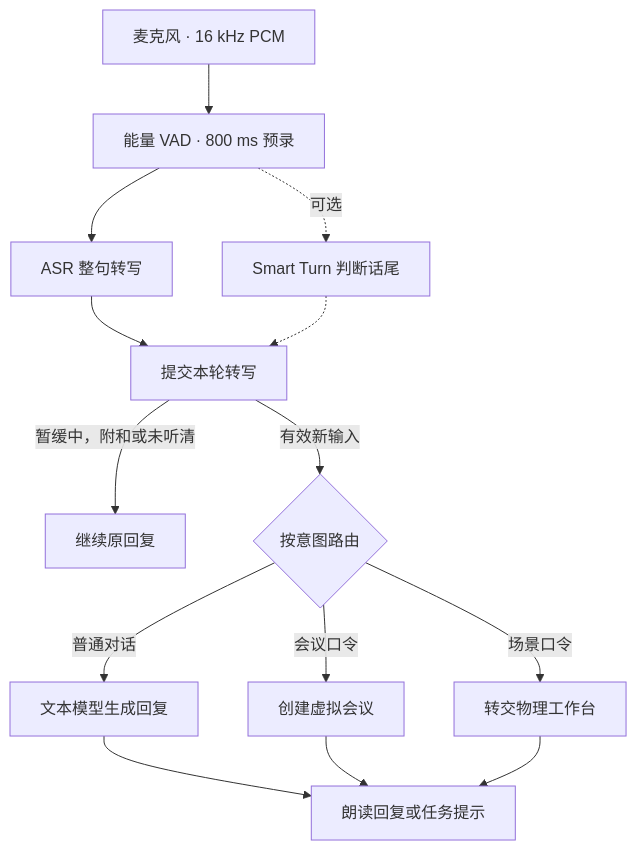
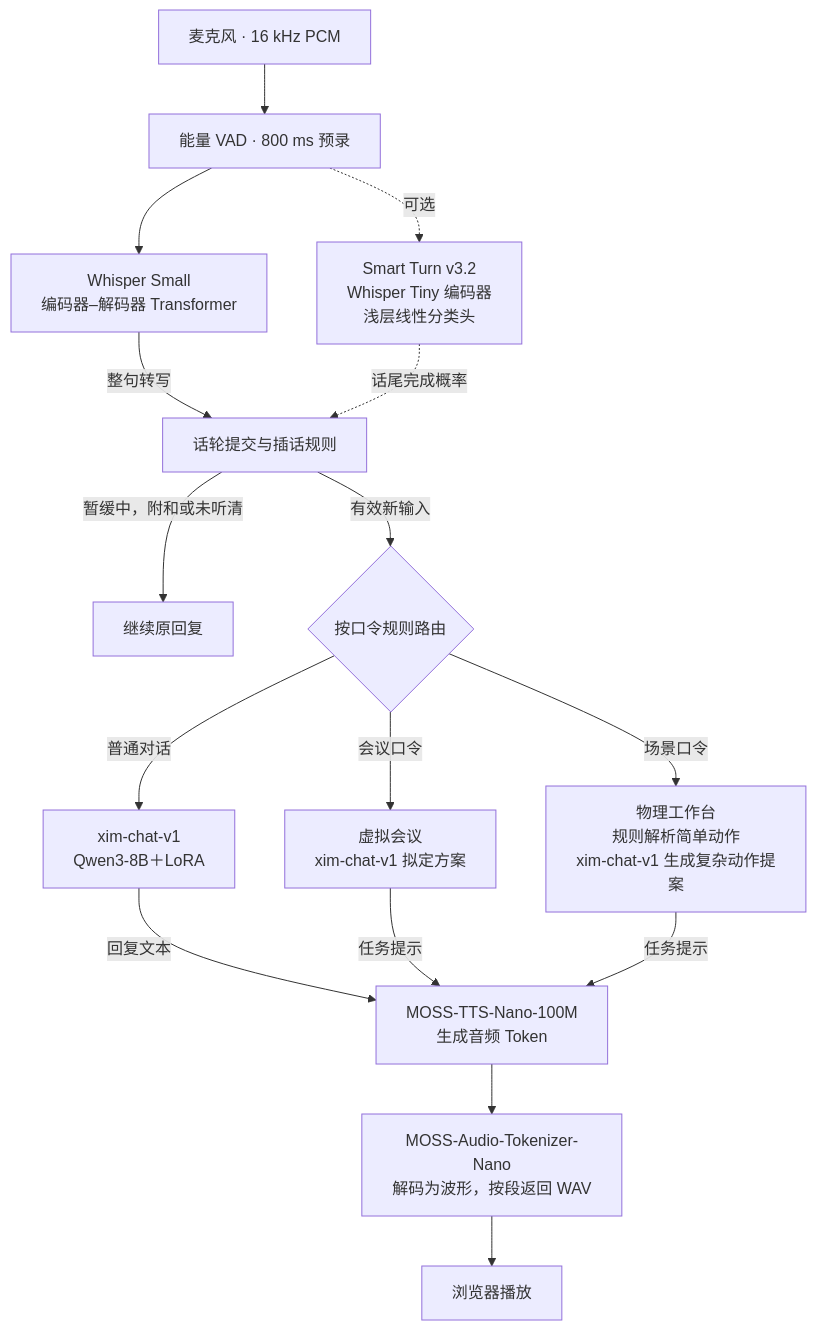
The first of 2 diagrams in README.md (wuki-creator/Xim-duplex), drawn with Mermaid before and after one commit. The commit also changed other lines of this file, not shown here.

Commit message:
Identify model backbones, interfaces, and validation status in voice diagrams

````diff
--- a/README.md
+++ b/README.md
@@ -24,16 +26,18 @@
 ```mermaid
 flowchart TD
     mic["麦克风 · 16 kHz PCM"] --> vad["能量 VAD · 800 ms 预录"]
-    vad --> asr["ASR 整句转写"]
-    vad -. 可选 .-> turn["Smart Turn 判断话尾"]
-    asr --> gate["提交本轮转写"]
-    turn -.-> gate
+    vad --> asr["Whisper Small<br/>编码器–解码器 Transformer"]
+    vad -. 可选 .-> turn["Smart Turn v3.2<br/>Whisper Tiny 编码器<br/>浅层线性分类头"]
+    asr -->|整句转写| gate["话轮提交与插话规则"]
+    turn -. 话尾完成概率 .-> gate
     gate -->|暂缓中，附和或未听清| resume["继续原回复"]
-    gate -->|有效新输入| route{"按意图路由"}
-    route -->|普通对话| chat["文本模型生成回复"]
-    route -->|会议口令| meeting["创建虚拟会议"]
-    route -->|场景口令| scene["转交物理工作台"]
-    chat --> play["朗读回复或任务提示"]
-    meeting --> play
-    scene --> play
+    gate -->|有效新输入| route{"按口令规则路由"}
+    route -->|普通对话| chat["xim-chat-v1<br/>Qwen3-8B＋LoRA"]
+    route -->|会议口令| meeting["虚拟会议<br/>xim-chat-v1 拟定方案"]
+    route -->|场景口令| scene["物理工作台<br/>规则解析简单动作<br/>xim-chat-v1 生成复杂动作提案"]
+    chat -->|回复文本| tts["MOSS-TTS-Nano-100M<br/>生成音频 Token"]
+    meeting -->|任务提示| tts
+    scene -->|任务提示| tts
+    tts --> codec["MOSS-Audio-Tokenizer-Nano<br/>解码为波形，按段返回 WAV"]
+    codec --> play["浏览器播放"]
 ```
````
